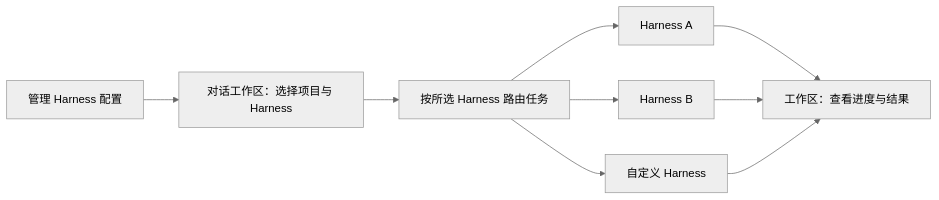
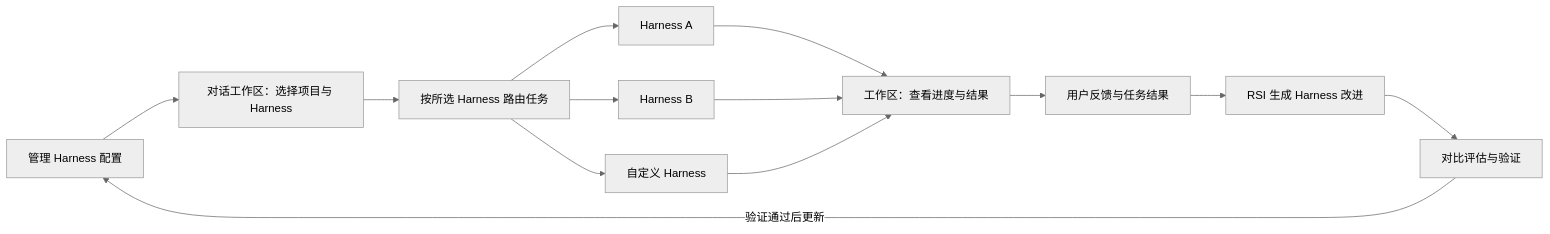
One commit to ViaTumLab/YAgent changed the diagram in README.md. Above: the diagram before and after it, drawn with Mermaid (neutral theme). The commit also changed other lines of this file and 1 other file, not shown here.

Commit message:
docs: add feedback-driven RSI harness improvement goals

````diff
--- a/README.md
+++ b/README.md
@@ -81,11 +91,15 @@
 ```mermaid
 flowchart LR
     M[管理 Harness 配置] --> S[对话工作区：选择项目与 Harness]
     S --> R[按所选 Harness 路由任务]
     R --> A[Harness A]
     R --> B[Harness B]
     R --> C[自定义 Harness]
     A --> W[工作区：查看进度与结果]
     B --> W
     C --> W
+    W --> F[用户反馈与任务结果]
+    F --> I[RSI 生成 Harness 改进]
+    I --> V[对比评估与验证]
+    V -->|验证通过后更新| M
 ```
````
